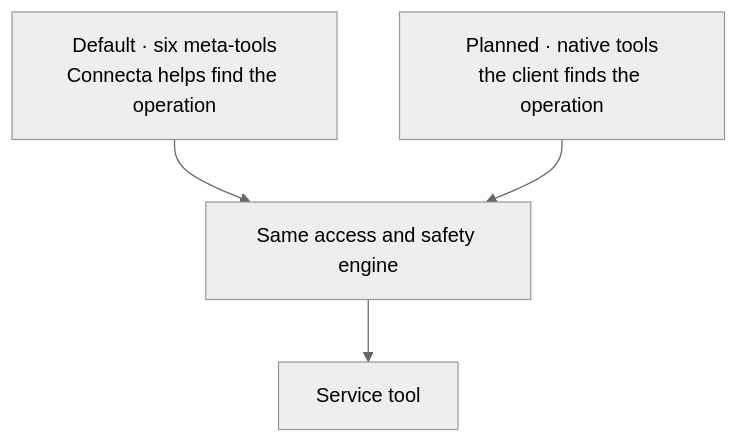
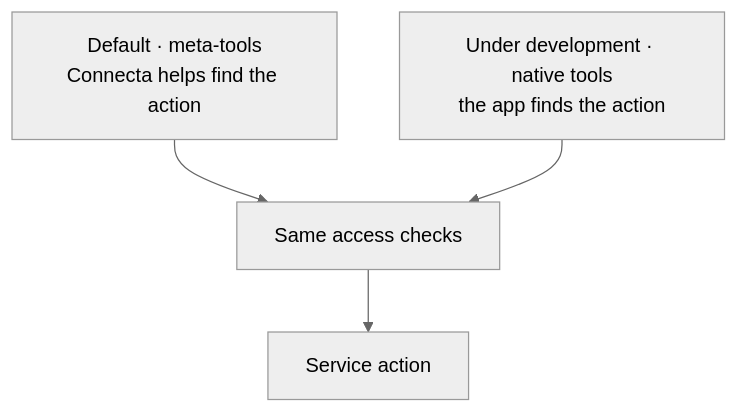
Before and after one commit to zackbart/connecta: the third of 4 diagrams in guides/how-it-works.md, drawn with Mermaid (neutral theme). The commit also changed other lines of this file and 9 other files, not shown here.

````diff
--- a/guides/how-it-works.md
+++ b/guides/how-it-works.md
@@ -104,6 +94,6 @@
 ```mermaid
 flowchart TB
-    Meta["Default · six meta-tools<br/>Connecta helps find the operation"] --> Engine
-    Native["Planned · native tools<br/>the client finds the operation"] --> Engine
-    Engine["Same access and safety engine"] --> Service["Service tool"]
+    Meta["Default · meta-tools<br/>Connecta helps find the action"] --> Checks
+    Native["Under development · native tools<br/>the app finds the action"] --> Checks
+    Checks["Same access checks"] --> Service["Service action"]
 ```
````
